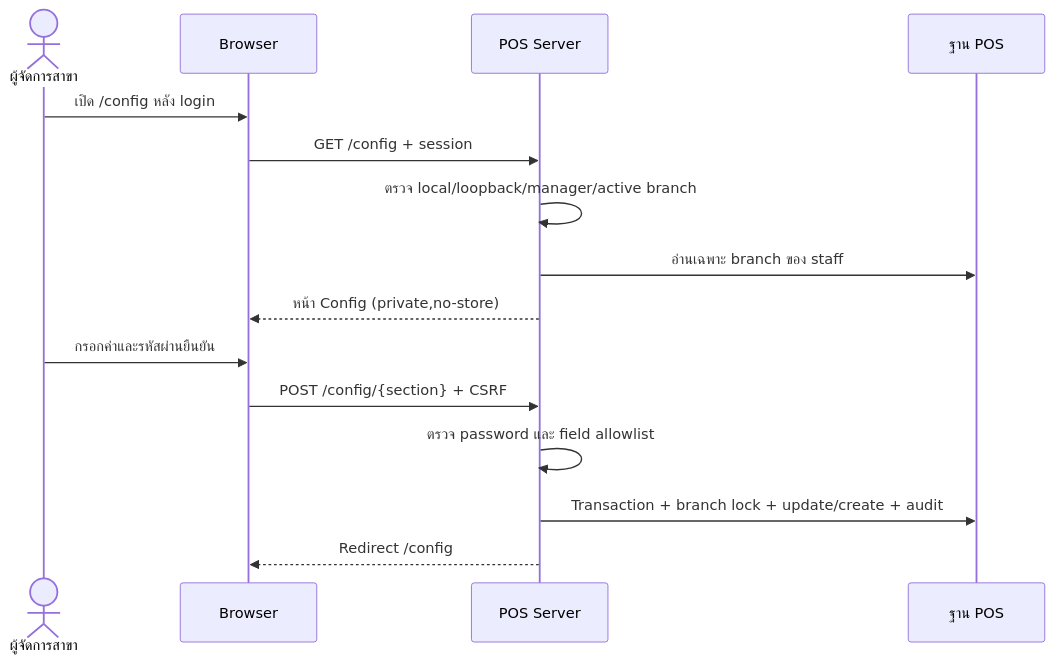
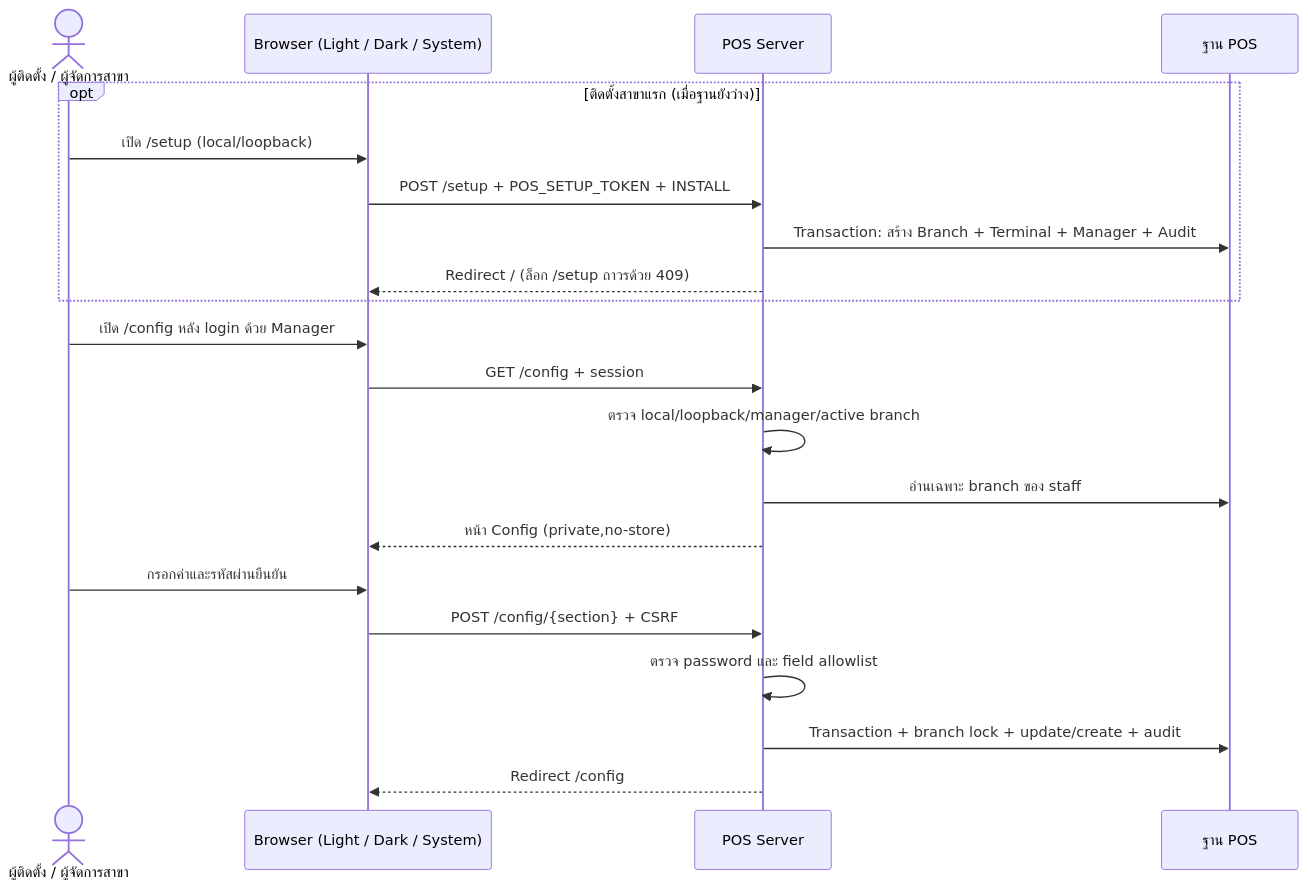
Before and after one commit to anuwatm/ERP: the first of 2 diagrams in document/POS_CONFIGURATION.md, drawn with Mermaid. The commit also changed other lines of this file and 150 other files, not shown here.

Commit message:
feat(ui,pos,docs): complete system-wide UI redesign, POS setup wizard, local fonts, and architecture/ER docs

````diff
--- a/document/POS_CONFIGURATION.md
+++ b/document/POS_CONFIGURATION.md
@@ -43,17 +47,25 @@
 ```mermaid
 sequenceDiagram
-    actor Manager as ผู้จัดการสาขา
-    participant Browser as Browser
+    actor Admin as ผู้ติดตั้ง / ผู้จัดการสาขา
+    participant Browser as Browser (Light / Dark / System)
     participant POS as POS Server
     participant DB as ฐาน POS
-    Manager->>Browser: เปิด /config หลัง login
+
+    opt ติดตั้งสาขาแรก (เมื่อฐานยังว่าง)
+        Admin->>Browser: เปิด /setup (local/loopback)
+        Browser->>POS: POST /setup + POS_SETUP_TOKEN + INSTALL
+        POS->>DB: Transaction: สร้าง Branch + Terminal + Manager + Audit
+        POS-->>Browser: Redirect / (ล็อก /setup ถาวรด้วย 409)
+    end
+
+    Admin->>Browser: เปิด /config หลัง login ด้วย Manager
     Browser->>POS: GET /config + session
     POS->>POS: ตรวจ local/loopback/manager/active branch
     POS->>DB: อ่านเฉพาะ branch ของ staff
     POS-->>Browser: หน้า Config (private,no-store)
-    Manager->>Browser: กรอกค่าและรหัสผ่านยืนยัน
+    Admin->>Browser: กรอกค่าและรหัสผ่านยืนยัน
     Browser->>POS: POST /config/{section} + CSRF
     POS->>POS: ตรวจ password และ field allowlist
     POS->>DB: Transaction + branch lock + update/create + audit
     POS-->>Browser: Redirect /config
 ```
````
